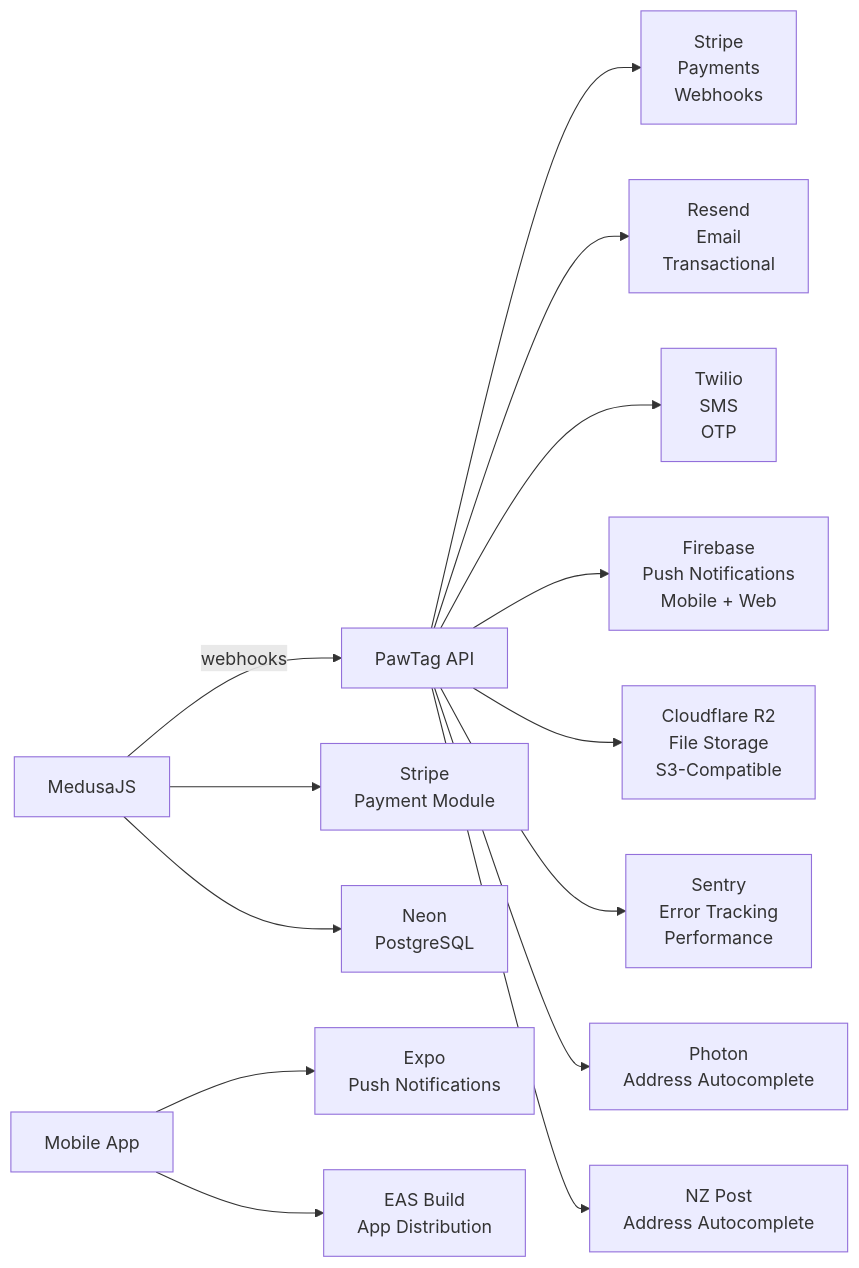
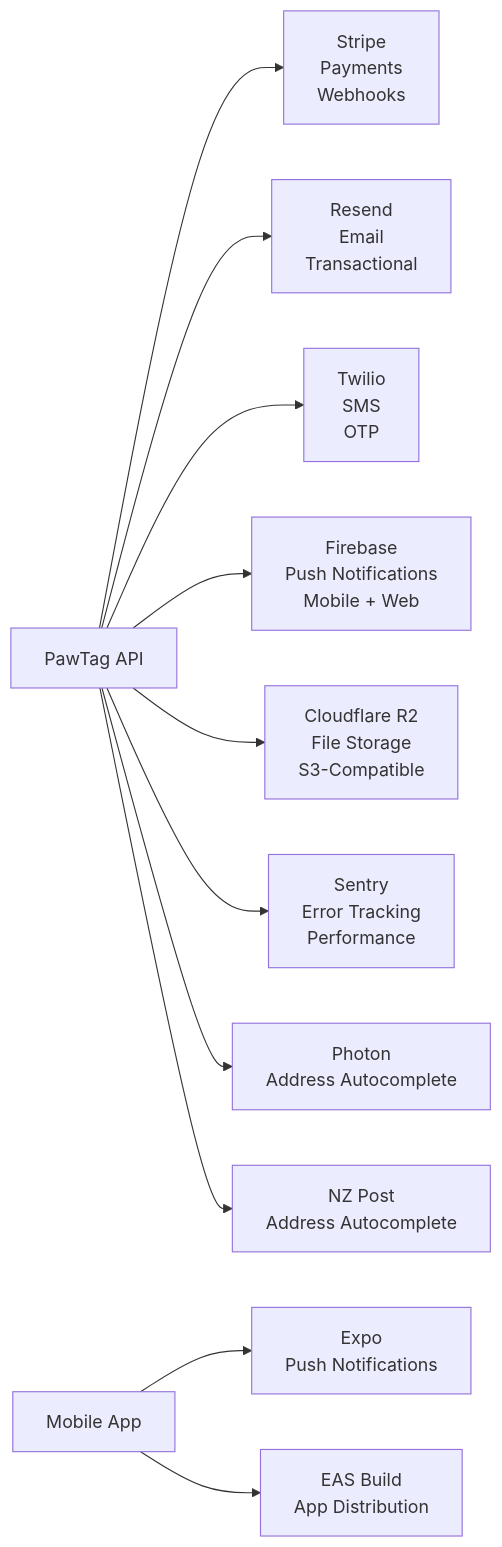
One commit to bhagatarpan/PawTag changed diagram 13 of 18 in COMPLETE-ARCHITECTURE.md. Above: the diagram before and after it, drawn with Mermaid. The commit also changed other lines of this file and 40 other files, not shown here.

````diff
--- a/COMPLETE-ARCHITECTURE.md
+++ b/COMPLETE-ARCHITECTURE.md
@@ -511,18 +441,14 @@
 ```mermaid
 flowchart LR
     API["PawTag API"] --> Stripe["Stripe<br/>Payments<br/>Webhooks"]
     API --> Resend["Resend<br/>Email<br/>Transactional"]
     API --> Twilio["Twilio<br/>SMS<br/>OTP"]
     API --> Firebase["Firebase<br/>Push Notifications<br/>Mobile + Web"]
     API --> R2["Cloudflare R2<br/>File Storage<br/>S3-Compatible"]
     API --> Sentry["Sentry<br/>Error Tracking<br/>Performance"]
     API --> Photon["Photon<br/>Address Autocomplete"]
     API --> NZPost["NZ Post<br/>Address Autocomplete"]
 
-    Medusa["MedusaJS"] --> StripeMedusa["Stripe<br/>Payment Module"]
-    Medusa --> NeonDB["Neon<br/>PostgreSQL"]
-    Medusa -->|"webhooks"| API
-
     Mobile["Mobile App"] --> Expo["Expo<br/>Push Notifications"]
     Mobile --> ExpoBuild["EAS Build<br/>App Distribution"]
 ```
````
